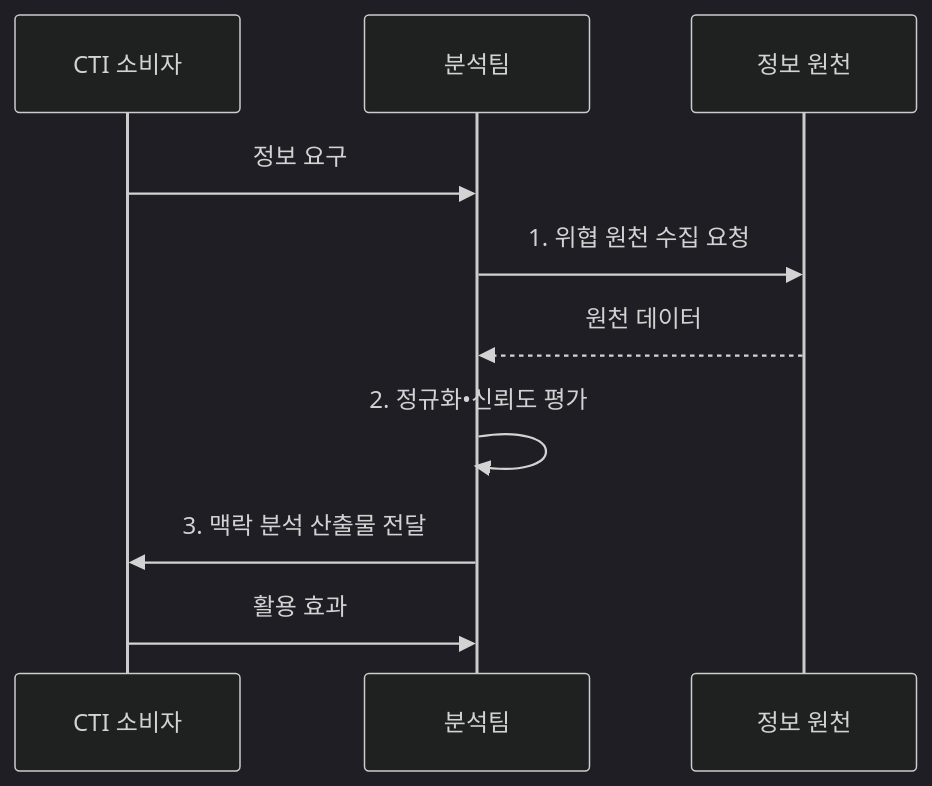
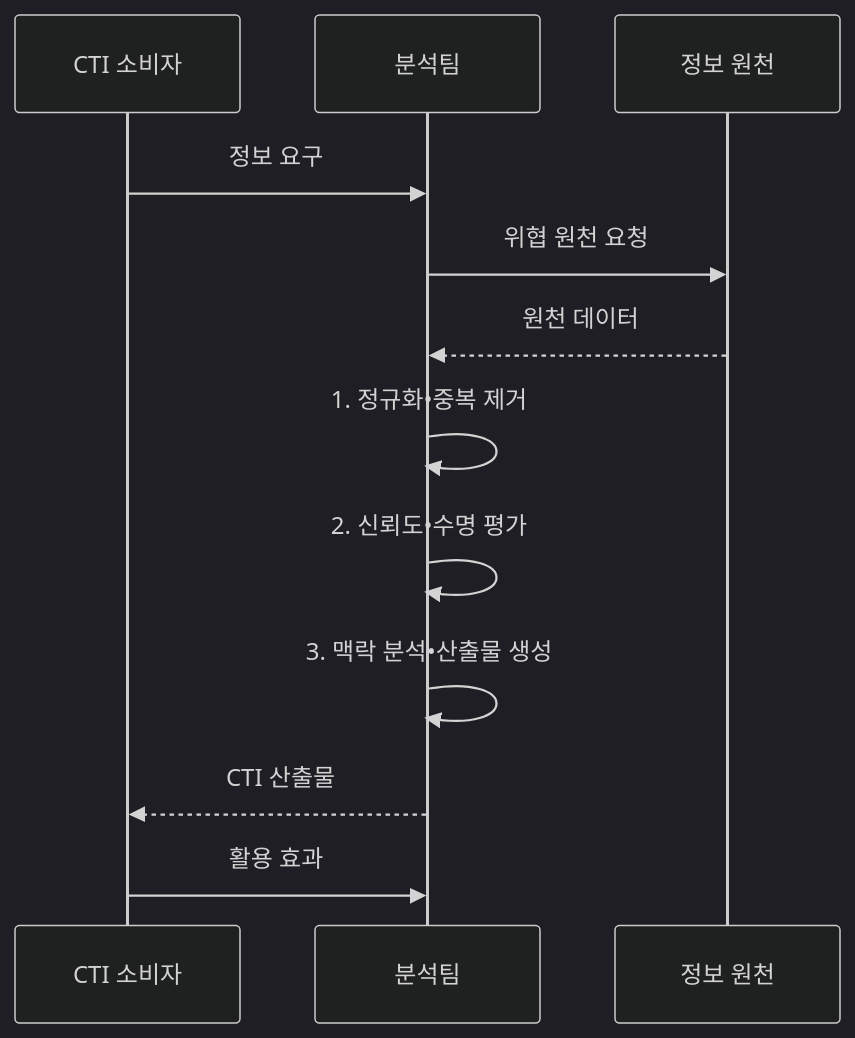
Before and after one commit to agnusdei1207/knowledge-base: the second of 2 diagrams in src/content/docs/notes/05-security/031_cyber_threat_intelligence.md, drawn with Mermaid (dark theme). The commit also changed other lines of this file and 13 other files, not shown here.

````diff
--- a/src/content/docs/notes/05-security/031_cyber_threat_intelligence.md
+++ b/src/content/docs/notes/05-security/031_cyber_threat_intelligence.md
@@ -105,12 +105,14 @@
 ```mermaid
 sequenceDiagram
     participant C as CTI 소비자
     participant A as 분석팀
     participant S as 정보 원천
     C->>A: 정보 요구
-    A->>S: 1. 위협 원천 수집 요청
+    A->>S: 위협 원천 요청
     S-->>A: 원천 데이터
-    A->>A: 2. 정규화•신뢰도 평가
-    A->>C: 3. 맥락 분석 산출물 전달
+    A->>A: 1. 정규화•중복 제거
+    A->>A: 2. 신뢰도•수명 평가
+    A->>A: 3. 맥락 분석•산출물 생성
+    A-->>C: CTI 산출물
     C->>A: 활용 효과
 ```
````
